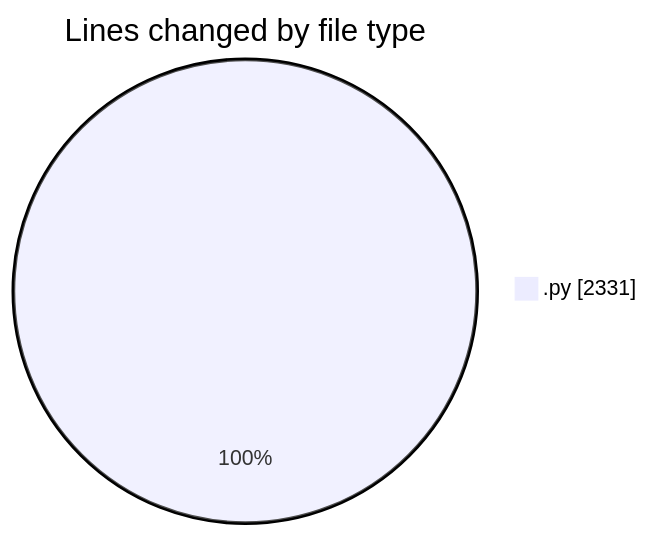
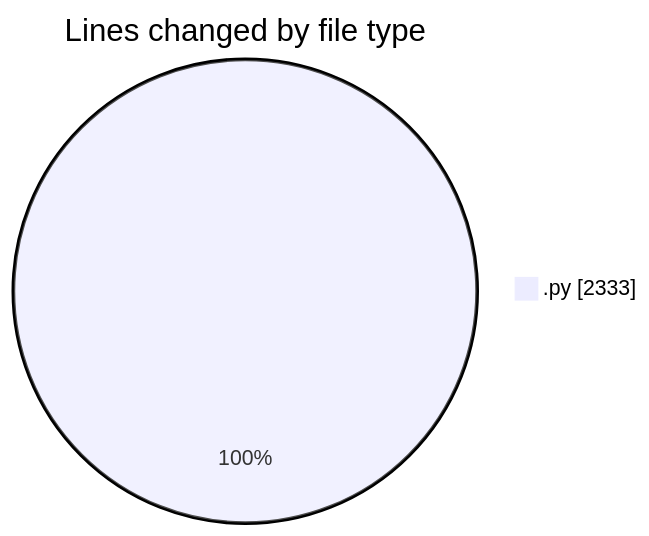
Before and after one commit to julien-gomy/code-tracking: the first of 2 diagrams in 2025-11-23/eventscop-api-guide__workspace_/README.md, drawn with Mermaid. The commit also changed other lines of this file and 1 other file, not shown here.

````diff
--- a/2025-11-23/eventscop-api-guide__workspace_/README.md
+++ b/2025-11-23/eventscop-api-guide__workspace_/README.md
@@ -31,5 +31,5 @@
 ```mermaid
 pie showData
 title Lines changed by file type
-".py" : 2331
+".py" : 2333
 ```
````
